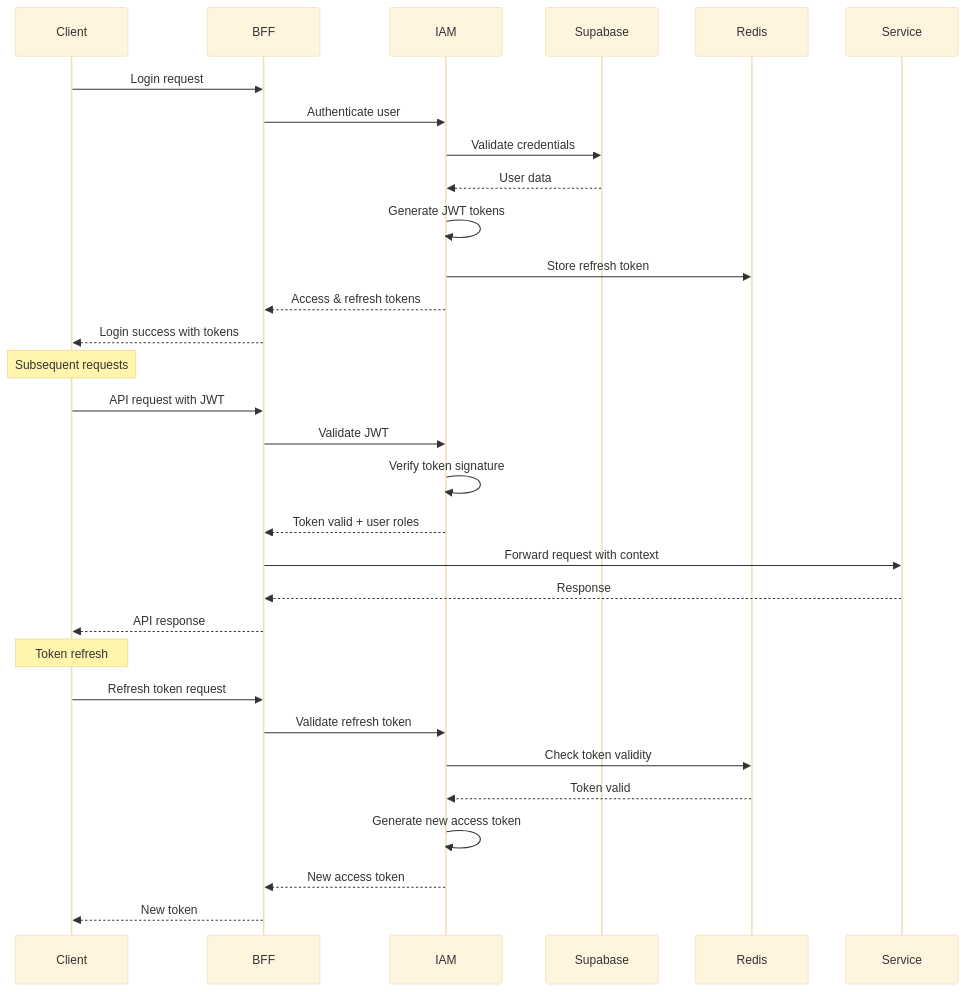
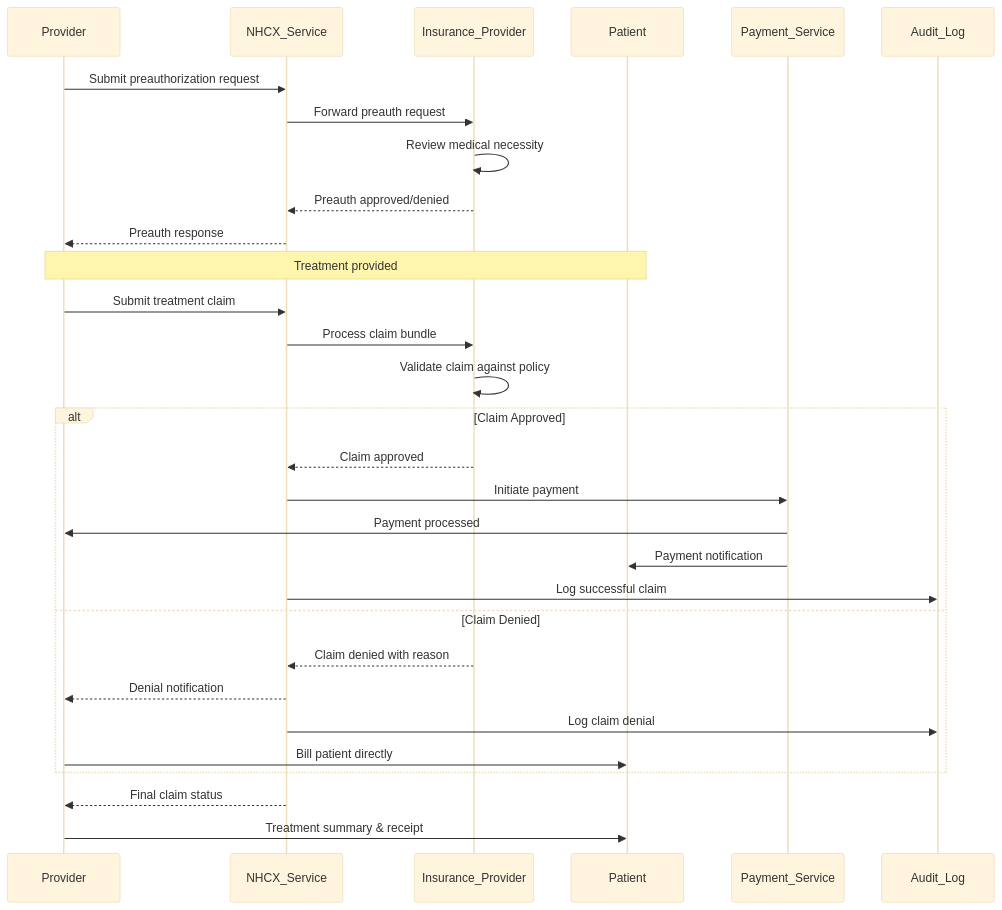
Before and after one commit to health-tech-uhi/blueprint: the eighth of 18 diagrams in 03-app-flowchart.md, drawn with Mermaid (base theme). The commit also changed other lines of this file and 8 other files, not shown here.

````diff
--- a/03-app-flowchart.md
+++ b/03-app-flowchart.md
@@ -219,36 +508,37 @@
 ```mermaid
 sequenceDiagram
-    participant Client
-    participant BFF
-    participant IAM
-    participant Supabase
-    participant Redis
+    participant Provider
+    participant NHCX_Service
+    participant Insurance_Provider
+    participant Patient
+    participant Payment_Service
+    participant Audit_Log
 
-    Client->>BFF: Login request
-    BFF->>IAM: Authenticate user
-    IAM->>Supabase: Validate credentials
-    Supabase-->>IAM: User data
+    Provider->>NHCX_Service: Submit preauthorization request
+    NHCX_Service->>Insurance_Provider: Forward preauth request
+    Insurance_Provider->>Insurance_Provider: Review medical necessity
+    Insurance_Provider-->>NHCX_Service: Preauth approved/denied
+    NHCX_Service-->>Provider: Preauth response
     
-    IAM->>IAM: Generate JWT tokens
-    IAM->>Redis: Store refresh token
-    IAM-->>BFF: Access & refresh tokens
-    BFF-->>Client: Login success with tokens
+    Note over Provider,Patient: Treatment provided
     
-    Note over Client: Subsequent requests
-    Client->>BFF: API request with JWT
-    BFF->>IAM: Validate JWT
-    IAM->>IAM: Verify token signature
-    IAM-->>BFF: Token valid + user roles
-    BFF->>Service: Forward request with context
-    Service-->>BFF: Response
-    BFF-->>Client: API response
+    Provider->>NHCX_Service: Submit treatment claim
+    NHCX_Service->>Insurance_Provider: Process claim bundle
+    Insurance_Provider->>Insurance_Provider: Validate claim against policy
     
-    Note over Client: Token refresh
-    Client->>BFF: Refresh token request
-    BFF->>IAM: Validate refresh token
-    IAM->>Redis: Check token validity
-    Redis-->>IAM: Token valid
-    IAM->>IAM: Generate new access token
-    IAM-->>BFF: New access token
-    BFF-->>Client: New token
+    alt Claim Approved
+        Insurance_Provider-->>NHCX_Service: Claim approved
+        NHCX_Service->>Payment_Service: Initiate payment
+        Payment_Service->>Provider: Payment processed
+        Payment_Service->>Patient: Payment notification
+        NHCX_Service->>Audit_Log: Log successful claim
+    else Claim Denied
+        Insurance_Provider-->>NHCX_Service: Claim denied with reason
+        NHCX_Service-->>Provider: Denial notification
+        NHCX_Service->>Audit_Log: Log claim denial
+        Provider->>Patient: Bill patient directly
+    end
+    
+    NHCX_Service-->>Provider: Final claim status
+    Provider->>Patient: Treatment summary & receipt
 ```
````
